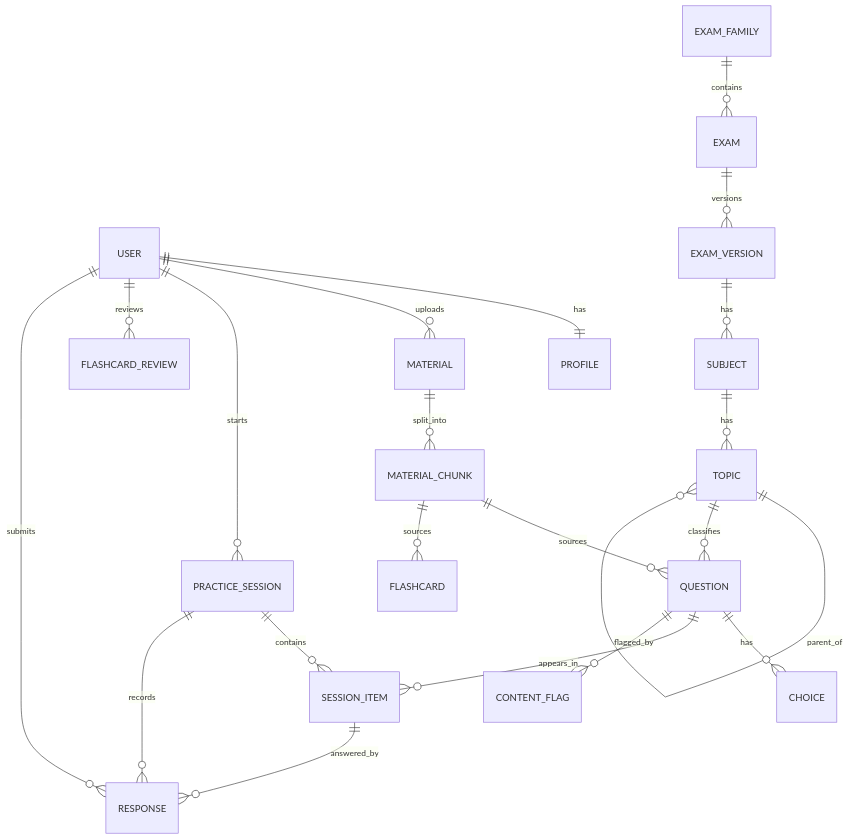
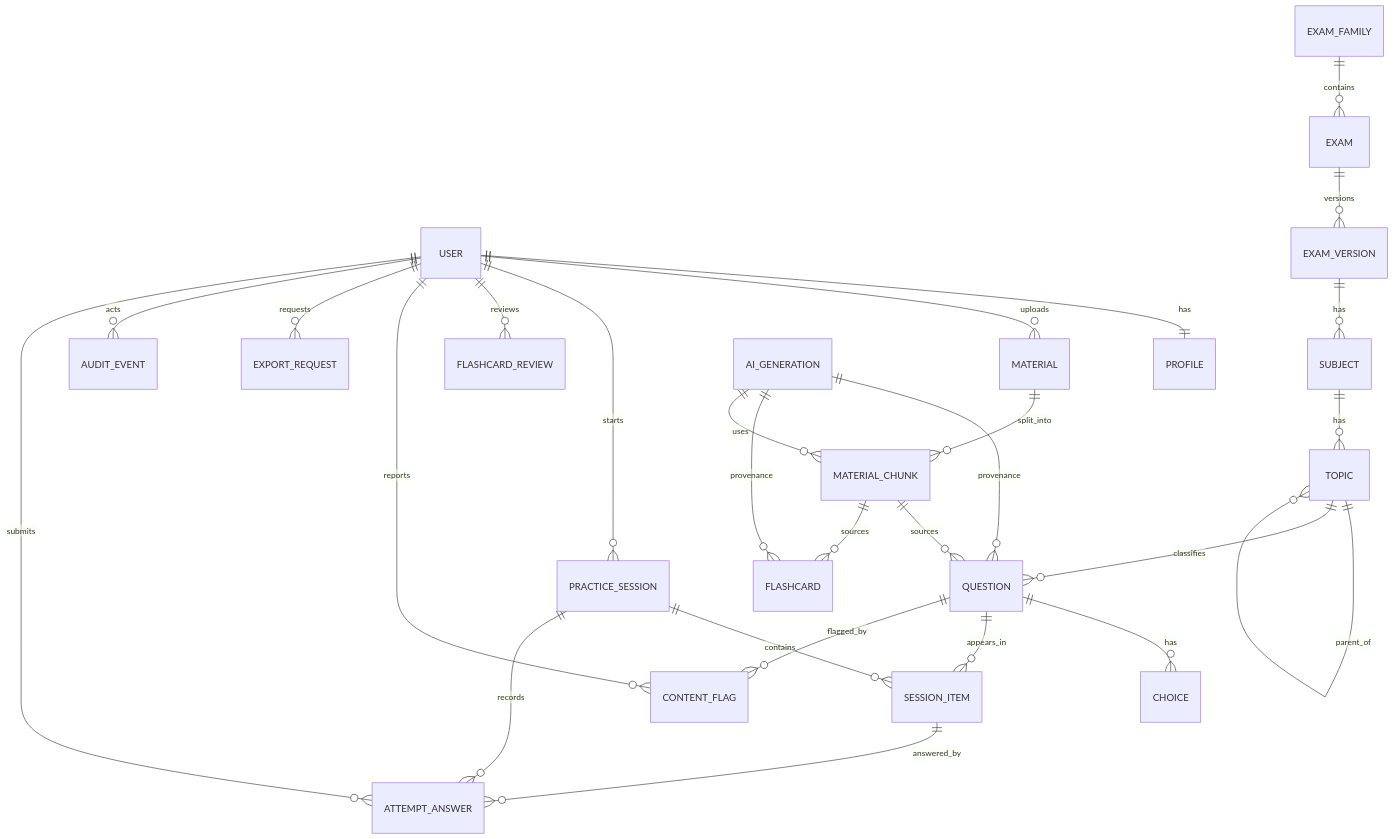
Before and after one commit to akagail/Kabisado: the diagram in docs/architecture/database-design.md, drawn with Mermaid. The commit also changed other lines of this file and 8 other files, not shown here.

Commit message:
docs(architecture): record ADR approvals, approve database design, finalize API contracts

````diff
--- a/docs/architecture/database-design.md
+++ b/docs/architecture/database-design.md
@@ -21,27 +31,33 @@
 ```mermaid
 erDiagram
     USER ||--|| PROFILE : has
     USER ||--o{ MATERIAL : uploads
     USER ||--o{ PRACTICE_SESSION : starts
     USER ||--o{ FLASHCARD_REVIEW : reviews
+    USER ||--o{ CONTENT_FLAG : reports
+    USER ||--o{ EXPORT_REQUEST : requests
+    USER ||--o{ AUDIT_EVENT : acts
 
     EXAM_FAMILY ||--o{ EXAM : contains
     EXAM ||--o{ EXAM_VERSION : versions
     EXAM_VERSION ||--o{ SUBJECT : has
     SUBJECT ||--o{ TOPIC : has
     TOPIC ||--o{ TOPIC : parent_of
 
     MATERIAL ||--o{ MATERIAL_CHUNK : split_into
     MATERIAL_CHUNK ||--o{ QUESTION : sources
     MATERIAL_CHUNK ||--o{ FLASHCARD : sources
 
     TOPIC ||--o{ QUESTION : classifies
     QUESTION ||--o{ CHOICE : has
     QUESTION ||--o{ SESSION_ITEM : appears_in
+    QUESTION ||--o{ CONTENT_FLAG : flagged_by
     PRACTICE_SESSION ||--o{ SESSION_ITEM : contains
-    SESSION_ITEM ||--o{ RESPONSE : answered_by
-    PRACTICE_SESSION ||--o{ RESPONSE : records
-    USER ||--o{ RESPONSE : submits
+    SESSION_ITEM ||--o{ ATTEMPT_ANSWER : answered_by
+    PRACTICE_SESSION ||--o{ ATTEMPT_ANSWER : records
+    USER ||--o{ ATTEMPT_ANSWER : submits
 
-    QUESTION ||--o{ CONTENT_FLAG : flagged_by
+    AI_GENERATION ||--o{ QUESTION : provenance
+    AI_GENERATION ||--o{ FLASHCARD : provenance
+    AI_GENERATION ||--o{ MATERIAL_CHUNK : uses
 ```
````
